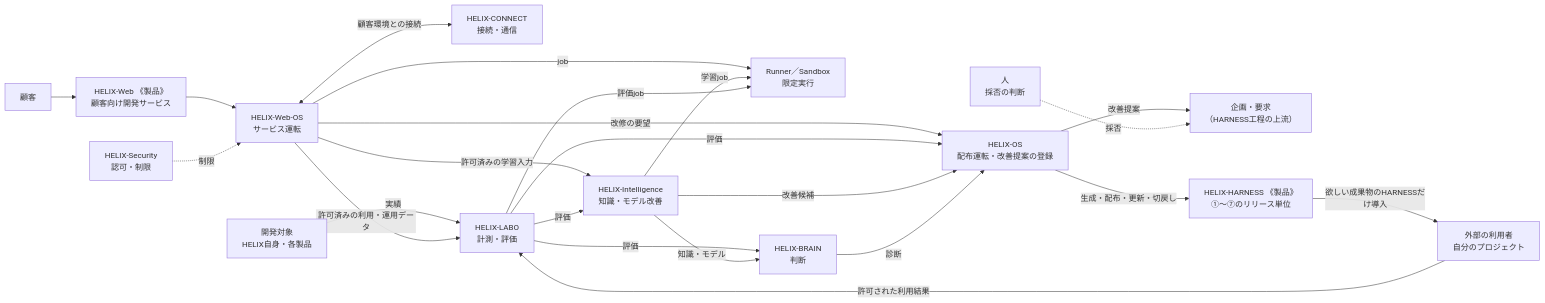
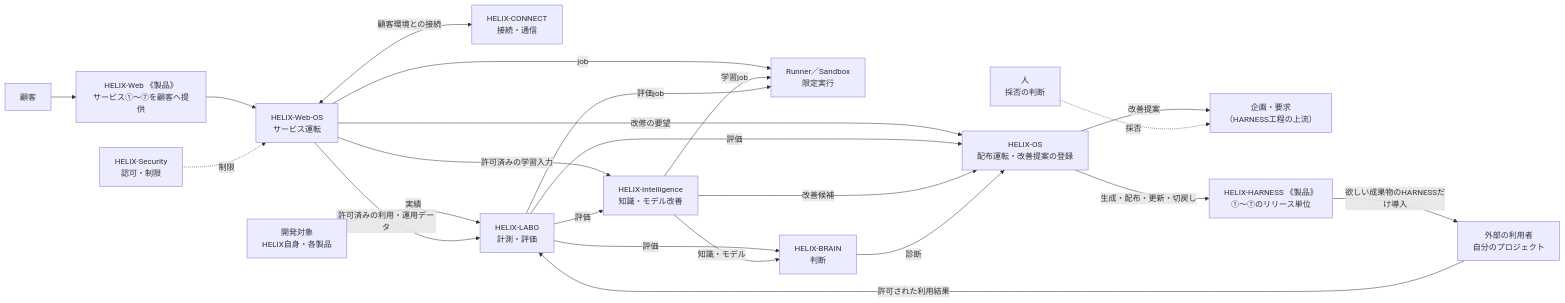
The third of 3 diagrams in docs/concept/helix-concept.md (RetryYN/HELIX-HARNESS), drawn with Mermaid before and after one commit. The commit also changed other lines of this file, not shown here.

````diff
--- a/docs/concept/helix-concept.md
+++ b/docs/concept/helix-concept.md
@@ -161,41 +161,41 @@
 ```mermaid
 flowchart LR
     REQ2["企画・要求<br/>（HARNESS工程の上流）"]
     Human["人<br/>採否の判断"]
     Targets["開発対象<br/>HELIX自身・各製品"]
     PKG["HELIX-HARNESS 《製品》<br/>①〜⑦のリリース単位"]
     ExtUser["外部の利用者<br/>自分のプロジェクト"]
     Customer["顧客"]
-    WEB["HELIX-Web 《製品》<br/>顧客向け開発サービス"]
+    WEB["HELIX-Web 《製品》<br/>サービス①〜⑦を顧客へ提供"]
     WEBOS["HELIX-Web-OS<br/>サービス運転"]
     CONNECT["HELIX-CONNECT<br/>接続・通信"]
     RUNNER["Runner／Sandbox<br/>限定実行"]
     LABO["HELIX-LABO<br/>計測・評価"]
     INT["HELIX-Intelligence<br/>知識・モデル改善"]
     BRAIN["HELIX-BRAIN<br/>判断"]
     OS["HELIX-OS<br/>配布運転・改善提案の登録"]
     SEC["HELIX-Security<br/>認可・制限"]
 
     OS -->|生成・配布・更新・切戻し| PKG
     PKG -->|欲しい成果物のHARNESSだけ導入| ExtUser
     ExtUser -->|許可された利用結果| LABO
     Customer --> WEB
     WEB --> WEBOS
     WEBOS <-->|顧客環境との接続| CONNECT
     WEBOS -->|job| RUNNER
     SEC -.->|制限| WEBOS
     Targets -->|実績| LABO
     WEBOS -->|許可済みの利用・運用データ| LABO
     WEBOS -->|許可済みの学習入力| INT
     WEBOS -->|改修の要望| OS
     LABO -->|評価| BRAIN
     LABO -->|評価| INT
     LABO -->|評価| OS
     INT -->|知識・モデル| BRAIN
     INT -->|改善候補| OS
     INT -->|学習job| RUNNER
     LABO -->|評価job| RUNNER
     BRAIN -->|診断| OS
     OS -->|改善提案| REQ2
     Human -.->|採否| REQ2
 ```
````
